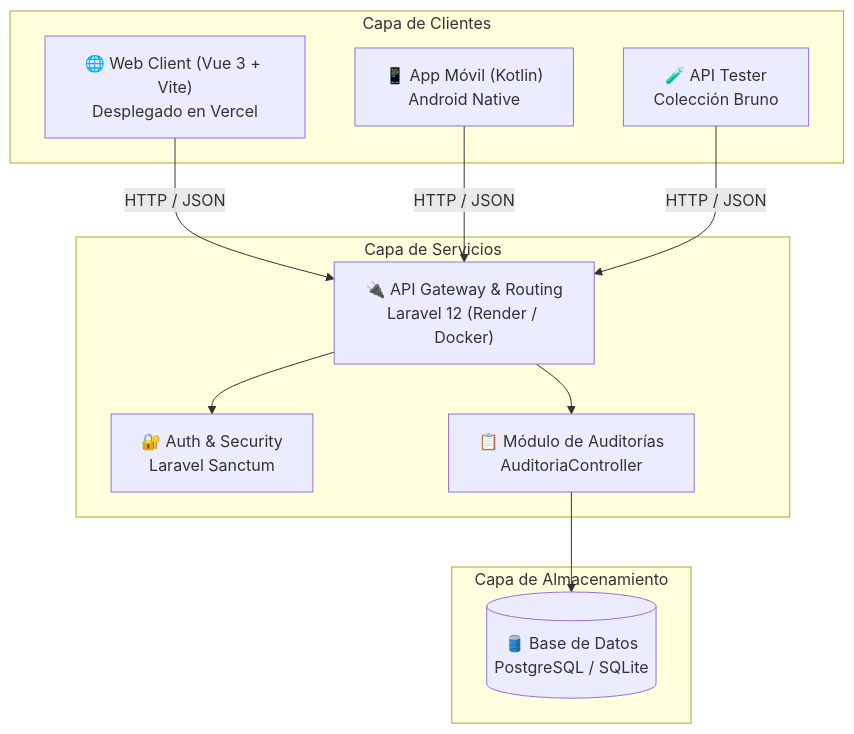
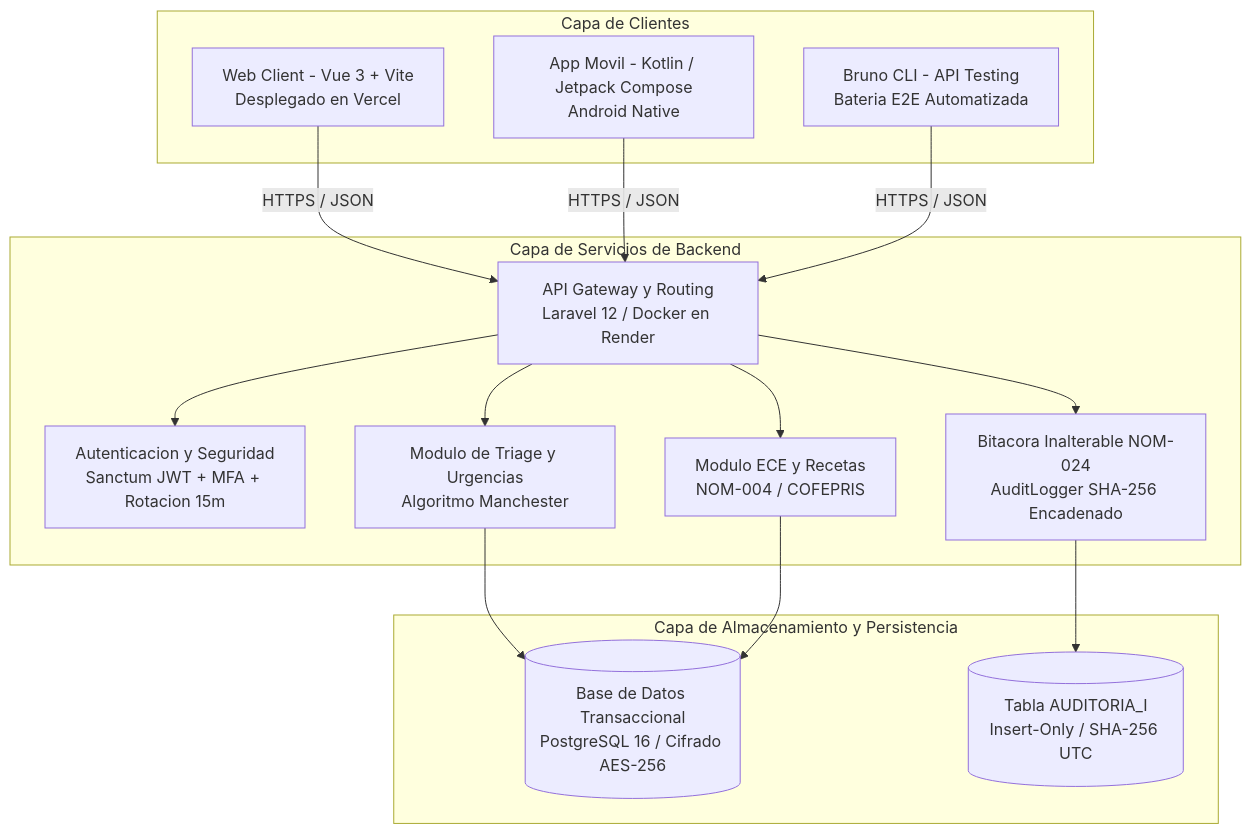
Before and after one commit to Coria322/hospital-vitae-monorepo: the first of 3 diagrams in README.md, drawn with Mermaid. The commit also changed other lines of this file and 6 other files, not shown here.

````diff
--- a/README.md
+++ b/README.md
@@ -23,25 +35,34 @@
 ```mermaid
 graph TD
-    subgraph Clientes ["Capa de Clientes"]
-        Web["🌐 Web Client (Vue 3 + Vite)<br/>Desplegado en Vercel"]
-        Mobile["📱 App Móvil (Kotlin)<br/>Android Native"]
-        Bruno["🧪 API Tester<br/>Colección Bruno"]
+    subgraph CapaClientes [Capa de Clientes]
+        Web[Web Client - Vue 3 + Vite<br/>Desplegado en Vercel]
+        Mobile[App Movil - Kotlin / Jetpack Compose<br/>Android Native]
+        Bruno[Bruno CLI - API Testing<br/>Bateria E2E Automatizada]
     end
 
-    subgraph Servicios ["Capa de Servicios"]
-        API["🔌 API Gateway & Routing<br/>Laravel 12 (Render / Docker)"]
-        Sanctum["🔐 Auth & Security<br/>Laravel Sanctum"]
-        AuditModule["📋 Módulo de Auditorías<br/>AuditoriaController"]
+    subgraph CapaServicios [Capa de Servicios de Backend]
+        Gateway[API Gateway y Routing<br/>Laravel 12 / Docker en Render]
+        AuthSanctum[Autenticacion y Seguridad<br/>Sanctum JWT + MFA + Rotacion 15m]
+        TriageService[Modulo de Triage y Urgencias<br/>Algoritmo Manchester]
+        AuditService[Bitacora Inalterable NOM-024<br/>AuditLogger SHA-256 Encadenado]
+        EceService[Modulo ECE y Recetas<br/>NOM-004 / COFEPRIS]
     end
 
-    subgraph Datos ["Capa de Almacenamiento"]
-        DB[("🛢️ Base de Datos<br/>PostgreSQL / SQLite")]
+    subgraph CapaAlmacenamiento [Capa de Almacenamiento y Persistencia]
+        DB[(Base de Datos Transaccional<br/>PostgreSQL 16 / Cifrado AES-256)]
+        AuditDB[(Tabla AUDITORIA_I<br/>Insert-Only / SHA-256 UTC)]
     end
 
-    Web -->|HTTP / JSON| API
-    Mobile -->|HTTP / JSON| API
-    Bruno -->|HTTP / JSON| API
-    API --> Sanctum
-    API --> AuditModule
-    AuditModule --> DB
+    Web -->|HTTPS / JSON| Gateway
+    Mobile -->|HTTPS / JSON| Gateway
+    Bruno -->|HTTPS / JSON| Gateway
+
+    Gateway --> AuthSanctum
+    Gateway --> TriageService
+    Gateway --> AuditService
+    Gateway --> EceService
+
+    TriageService --> DB
+    EceService --> DB
+    AuditService --> AuditDB
 ```
````
